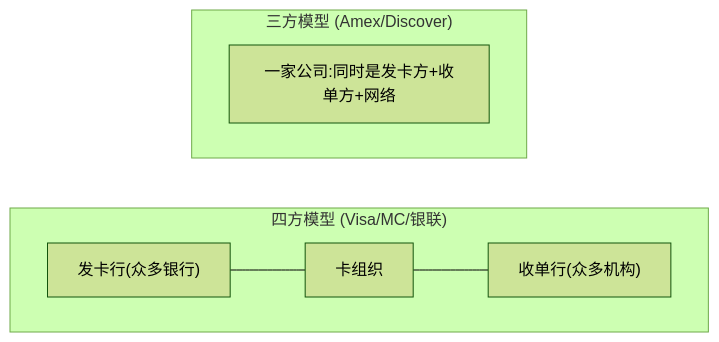
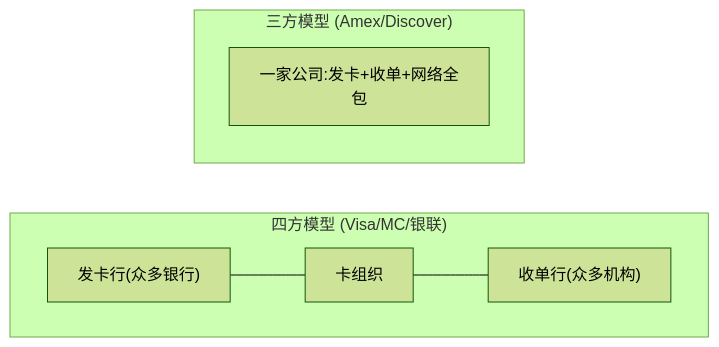
One commit to loong-ju/tech-research changed the fifth of 14 diagrams in payment/traditional-payment/01-cards-business.md. Above: the diagram before and after it, drawn with Mermaid (forest theme). The commit also changed other lines of this file and 4 other files, not shown here.

````diff
--- a/payment/traditional-payment/01-cards-business.md
+++ b/payment/traditional-payment/01-cards-business.md
@@ -90,11 +118,10 @@
 ```mermaid
 flowchart LR
     subgraph 四方["四方模型 (Visa/MC/银联)"]
         direction LR
         ISS1["发卡行(众多银行)"] --- CS1["卡组织"] --- ACQ1["收单行(众多机构)"]
     end
     subgraph 三方["三方模型 (Amex/Discover)"]
-        direction LR
-        X["一家公司:同时是发卡方+收单方+网络"]
+        X["一家公司:发卡+收单+网络全包"]
     end
 ```
````
